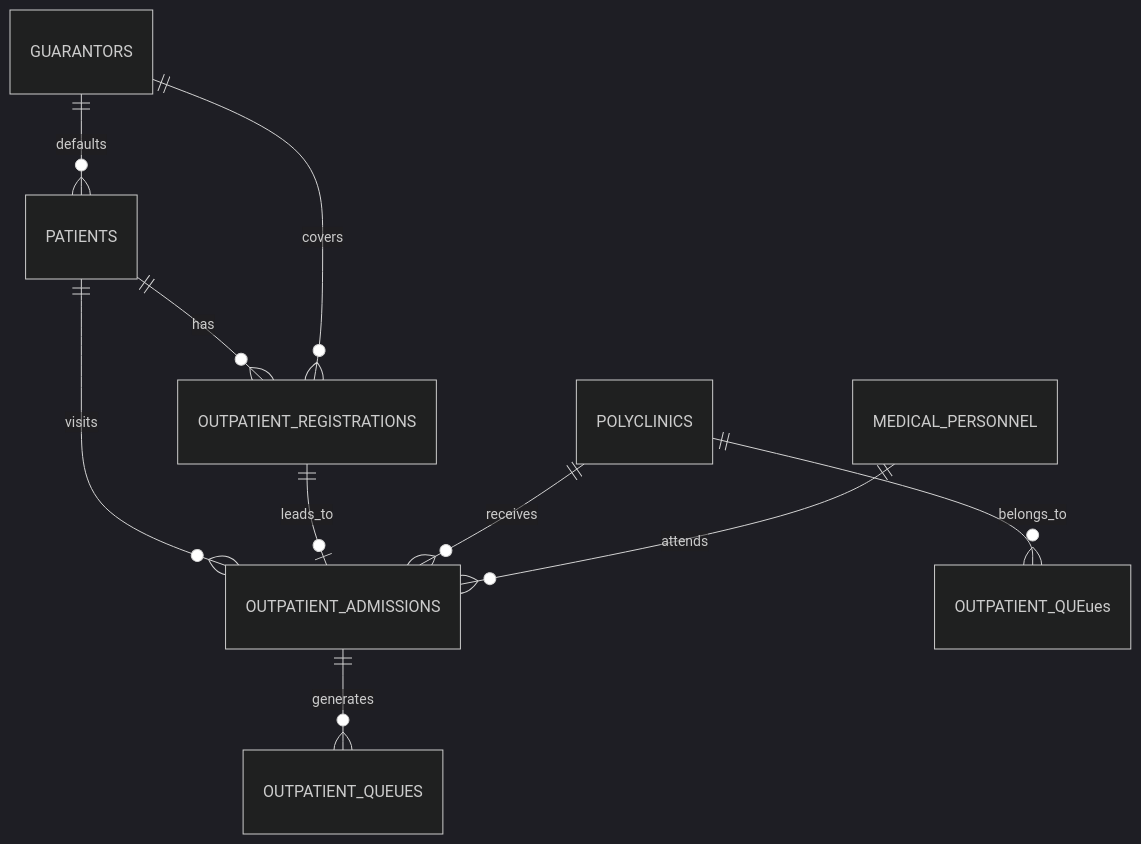
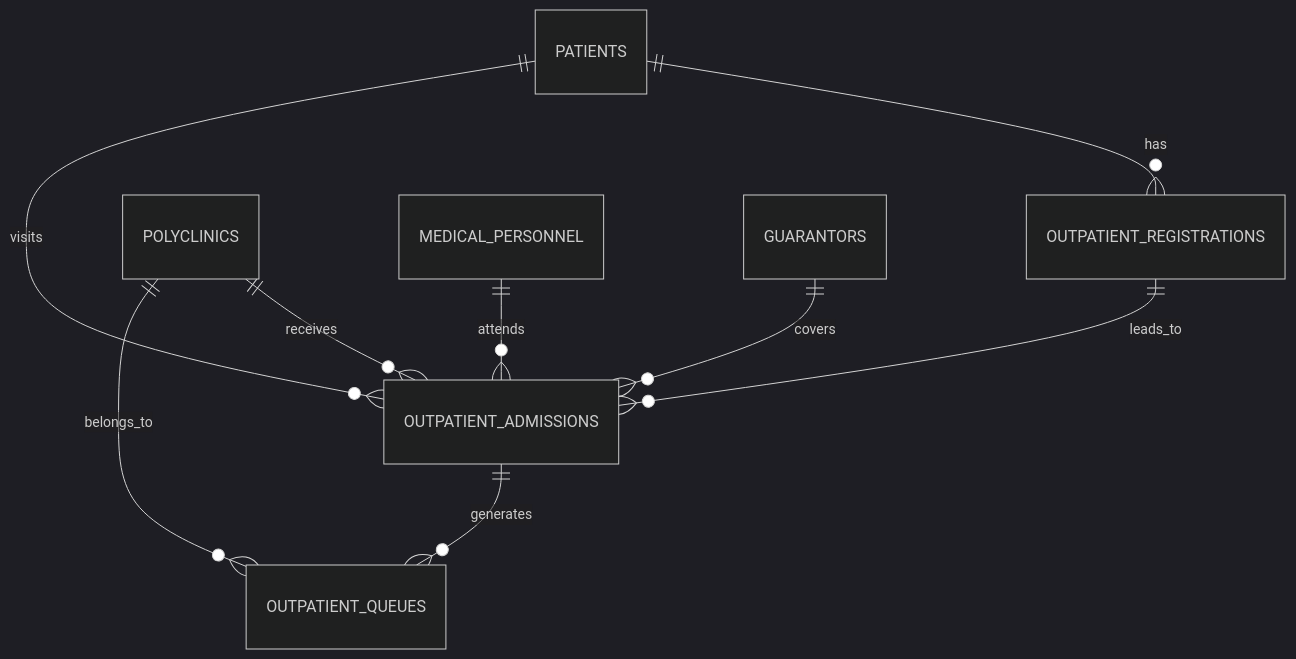
One commit to Izzaramadhan/rebuild-bigsirs changed the diagram in docs/database/outpatient-mapping/target-erd.md. Above: the diagram before and after it, drawn with Mermaid (dark theme). The commit also changed other lines of this file and 36 other files, not shown here.

````diff
--- a/docs/database/outpatient-mapping/target-erd.md
+++ b/docs/database/outpatient-mapping/target-erd.md
@@ -3,12 +3,11 @@
 ```mermaid
 erDiagram
     PATIENTS ||--o{ OUTPATIENT_REGISTRATIONS : has
     PATIENTS ||--o{ OUTPATIENT_ADMISSIONS : visits
-    OUTPATIENT_REGISTRATIONS ||--o| OUTPATIENT_ADMISSIONS : leads_to
+    OUTPATIENT_REGISTRATIONS ||--o{ OUTPATIENT_ADMISSIONS : leads_to
     POLYCLINICS ||--o{ OUTPATIENT_ADMISSIONS : receives
     MEDICAL_PERSONNEL ||--o{ OUTPATIENT_ADMISSIONS : attends
-    GUARANTORS ||--o{ PATIENTS : defaults
-    GUARANTORS ||--o{ OUTPATIENT_REGISTRATIONS : covers
+    GUARANTORS ||--o{ OUTPATIENT_ADMISSIONS : covers
     OUTPATIENT_ADMISSIONS ||--o{ OUTPATIENT_QUEUES : generates
-    POLYCLINICS ||--o{ OUTPATIENT_QUEues : belongs_to
+    POLYCLINICS ||--o{ OUTPATIENT_QUEUES : belongs_to
 ```
````
